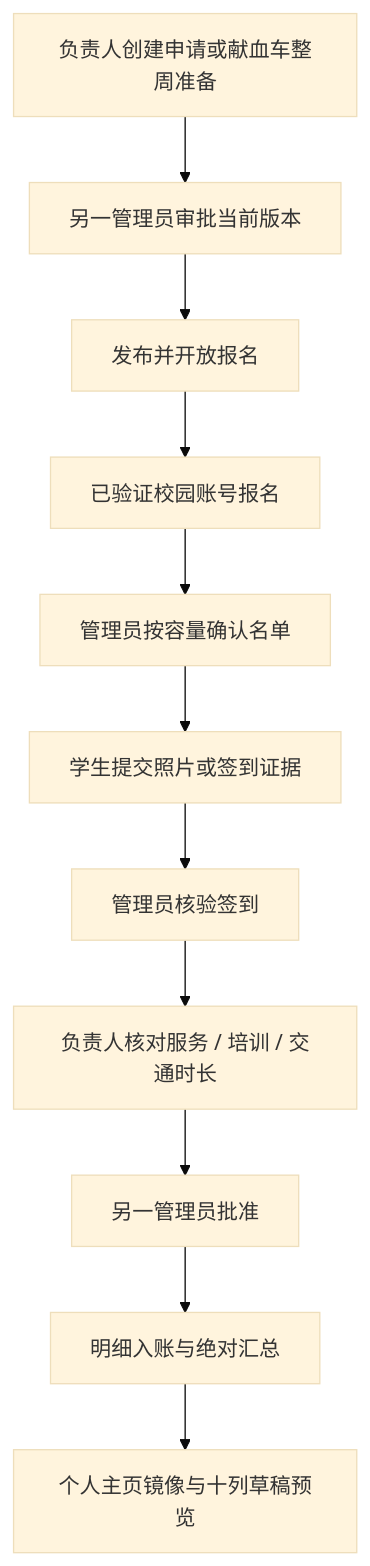
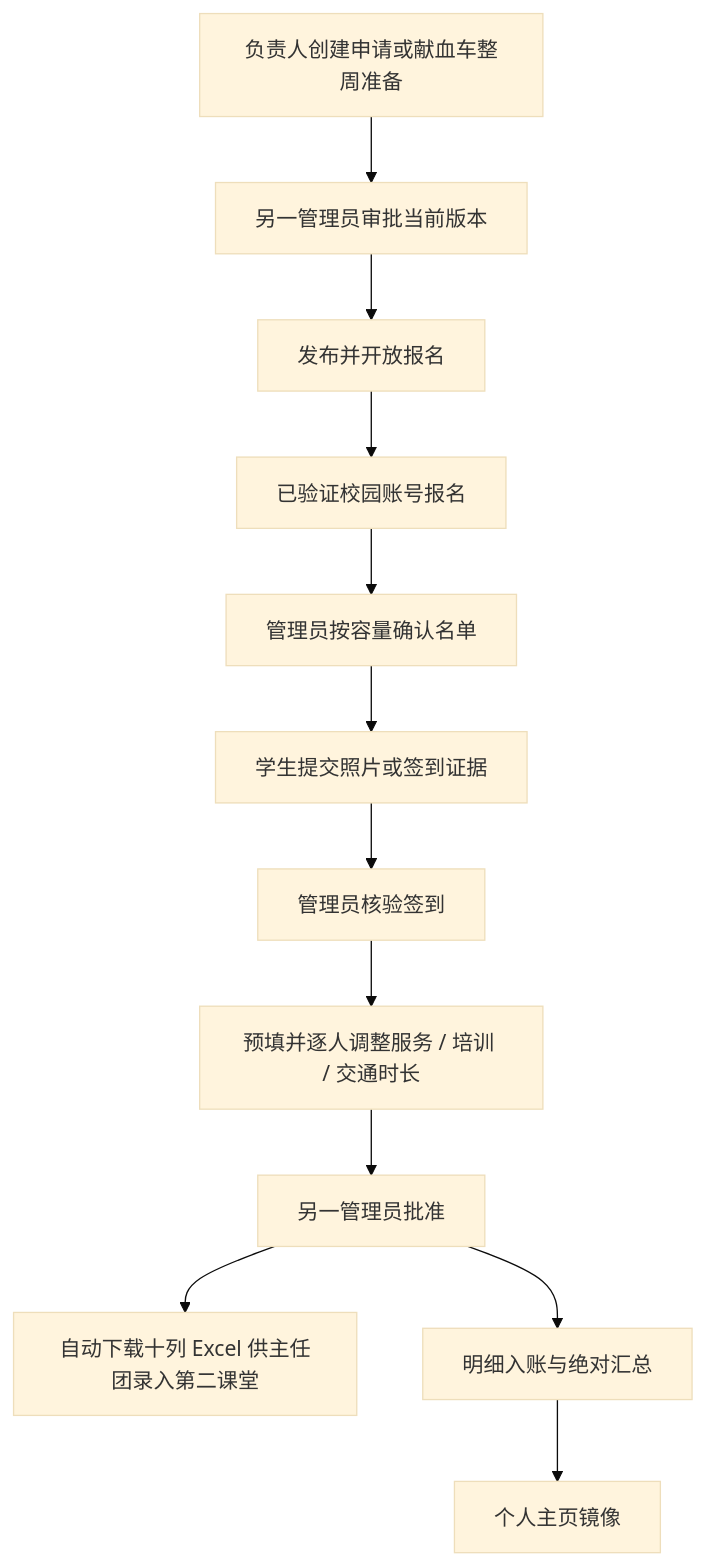
One commit to WANGLEVY9/NJURedCross changed the diagram in docs/WORKFLOW.md. Above: the diagram before and after it, drawn with Mermaid (base theme). The commit also changed other lines of this file and 17 other files, not shown here.

````diff
--- a/docs/WORKFLOW.md
+++ b/docs/WORKFLOW.md
@@ -11,13 +11,14 @@
 ```mermaid
 flowchart TD
   A[负责人创建申请或献血车整周准备] --> B[另一管理员审批当前版本]
   B --> C[发布并开放报名]
   C --> D[已验证校园账号报名]
   D --> E[管理员按容量确认名单]
   E --> F[学生提交照片或签到证据]
   F --> G[管理员核验签到]
-  G --> H[负责人核对服务 / 培训 / 交通时长]
+  G --> H[预填并逐人调整服务 / 培训 / 交通时长]
   H --> I[另一管理员批准]
+  I --> X[自动下载十列 Excel 供主任团录入第二课堂]
   I --> J[明细入账与绝对汇总]
-  J --> K[个人主页镜像与十列草稿预览]
+  J --> K[个人主页镜像]
 ```
````
